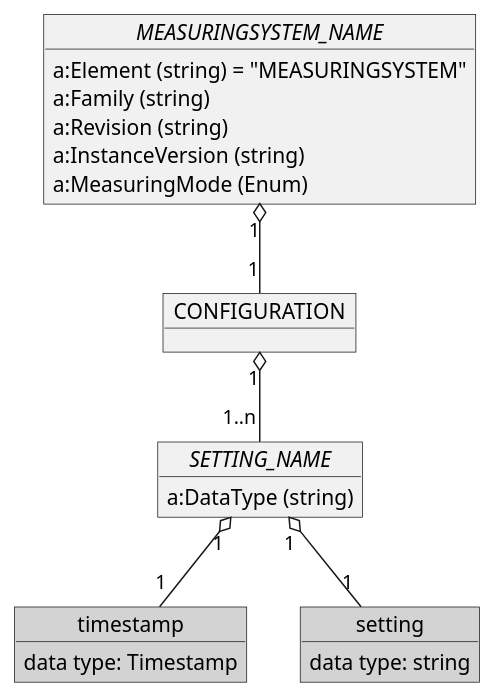
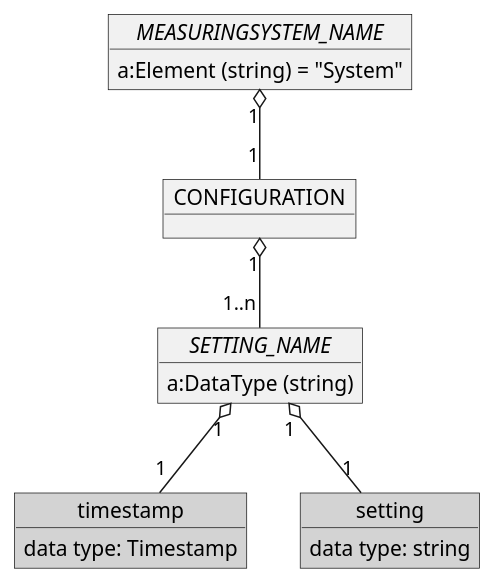
The ninth of 13 diagrams in images/rcm-dx-images.puml (OpenRailAssociation/rcm-dx), drawn with PlantUML before and after one commit. The commit also changed other lines of this file and 17 other files, not shown here.

```diff
--- a/images/rcm-dx-images.puml
+++ b/images/rcm-dx-images.puml
@@ -316,27 +238,23 @@
 @startuml rcmdx_measuringsystem_config_group
   object "//MEASURINGSYSTEM_NAME//" as MEASURINGSYSTEM {
-    a:Element (string) = "MEASURINGSYSTEM"
-    a:Family (string)
-    a:Revision (string)
-    a:InstanceVersion (string)
-    a:MeasuringMode (Enum) 
+    a:Element (string) = "System"
   }
   
   object "CONFIGURATION" as ms_config
   MEASURINGSYSTEM "1" o-- "1" ms_config
 
   object "//SETTING_NAME//" as setting_name {
     a:DataType (string)
   }
   ms_config "1" o-- "1..n" setting_name
 
   object "timestamp" as setting_timestamp #LightGray {
     data type: Timestamp
   }
   setting_name "1" o-- "1" setting_timestamp
 
   object "setting" as setting #LightGray {
     data type: string
   }
   setting_name "1" o-- "1" setting
 @enduml
```
